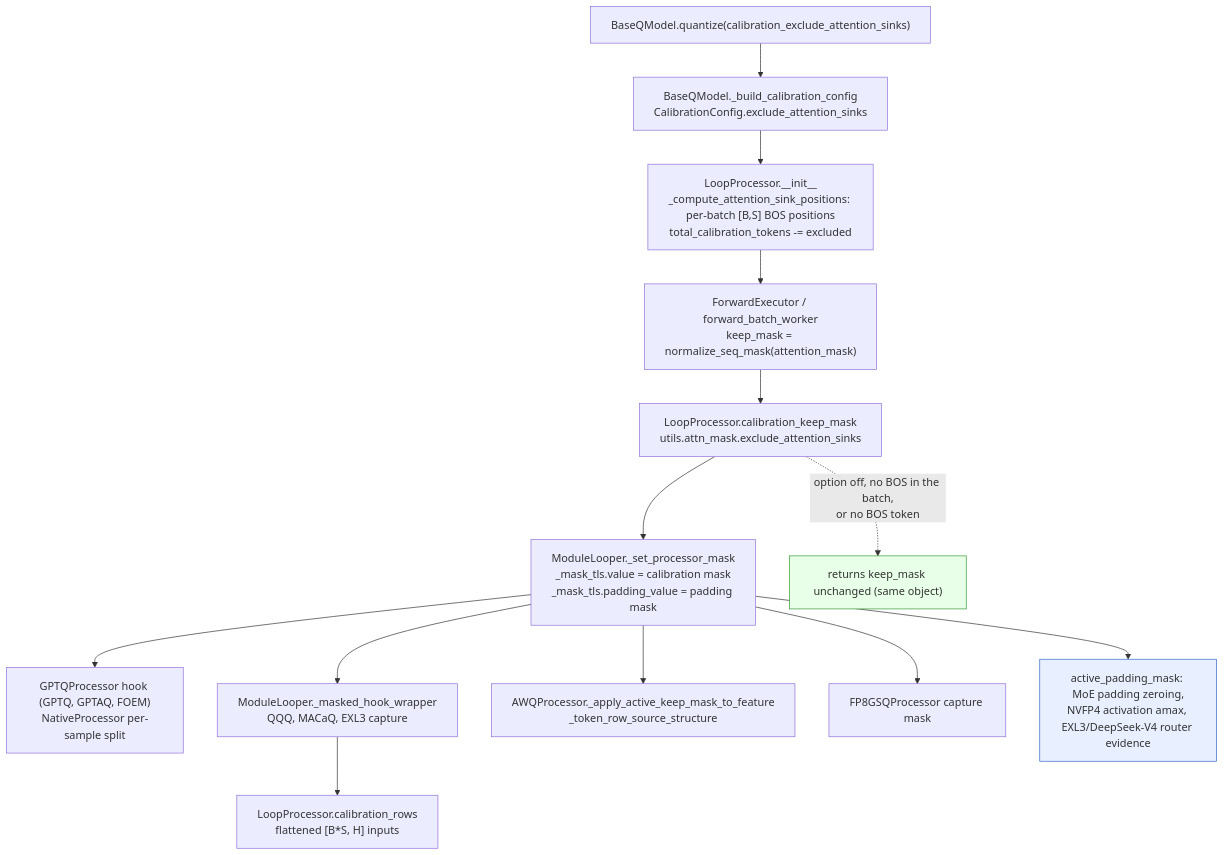
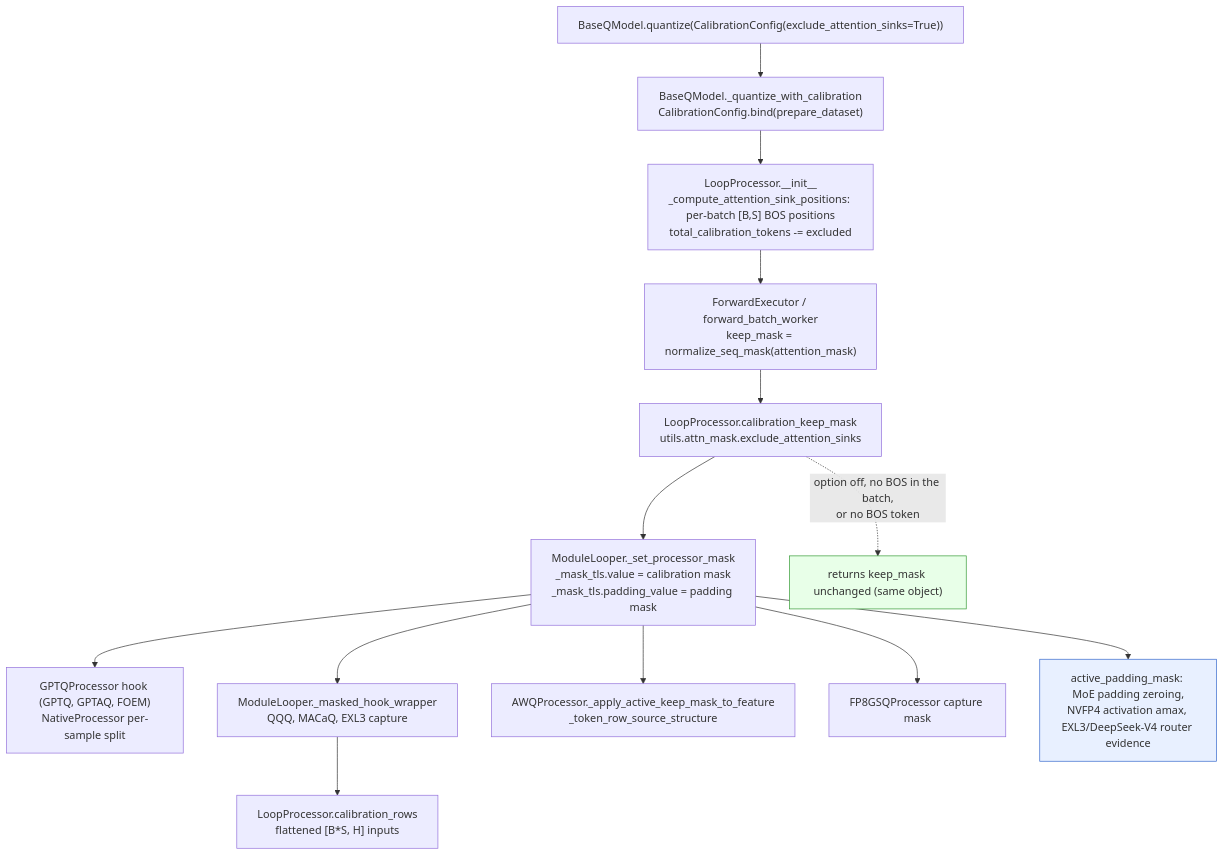
The first of 2 diagrams in docs/calibration-attention-sinks.md (ModelCloud/GPTQModel), drawn with Mermaid before and after one commit. The commit also changed other lines of this file and 226 other files, not shown here.

````diff
--- a/docs/calibration-attention-sinks.md
+++ b/docs/calibration-attention-sinks.md
@@ -39,17 +39,17 @@
 ```mermaid
 flowchart TD
-    Q["BaseQModel.quantize(calibration_exclude_attention_sinks)"] --> C["BaseQModel._build_calibration_config<br/>CalibrationConfig.exclude_attention_sinks"]
+    Q["BaseQModel.quantize(CalibrationConfig(exclude_attention_sinks=True))"] --> C["BaseQModel._quantize_with_calibration<br/>CalibrationConfig.bind(prepare_dataset)"]
     C --> P["LoopProcessor.__init__<br/>_compute_attention_sink_positions: per-batch [B,S] BOS positions<br/>total_calibration_tokens -= excluded"]
     P --> F["ForwardExecutor / forward_batch_worker<br/>keep_mask = normalize_seq_mask(attention_mask)"]
     F --> K["LoopProcessor.calibration_keep_mask<br/>utils.attn_mask.exclude_attention_sinks"]
     K --> T["ModuleLooper._set_processor_mask<br/>_mask_tls.value = calibration mask<br/>_mask_tls.padding_value = padding mask"]
     T --> G["GPTQProcessor hook (GPTQ, GPTAQ, FOEM)<br/>NativeProcessor per-sample split"]
     T --> W["ModuleLooper._masked_hook_wrapper<br/>QQQ, MACaQ, EXL3 capture"]
     W --> R["LoopProcessor.calibration_rows<br/>flattened [B*S, H] inputs"]
     T --> A["AWQProcessor._apply_active_keep_mask_to_feature<br/>_token_row_source_structure"]
     T --> S["FP8GSQProcessor capture mask"]
     T --> D["active_padding_mask: MoE padding zeroing,<br/>NVFP4 activation amax, EXL3/DeepSeek-V4 router evidence"]
     K -. "option off, no BOS in the batch,<br/>or no BOS token" .-> I["returns keep_mask unchanged (same object)"]
     style D fill:#e8f0ff,stroke:#3366cc
     style I fill:#e8ffe8,stroke:#339933
 ```
````
